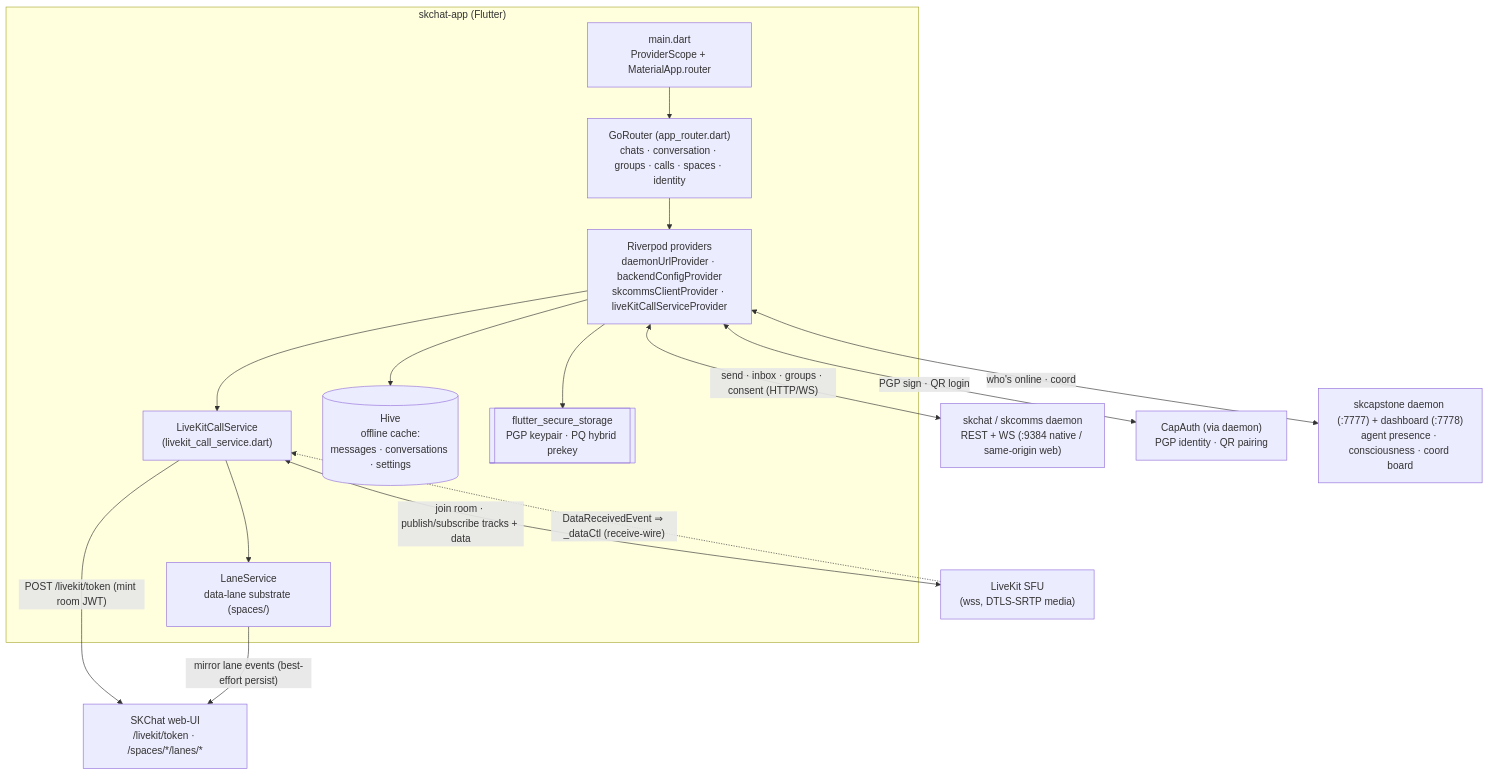
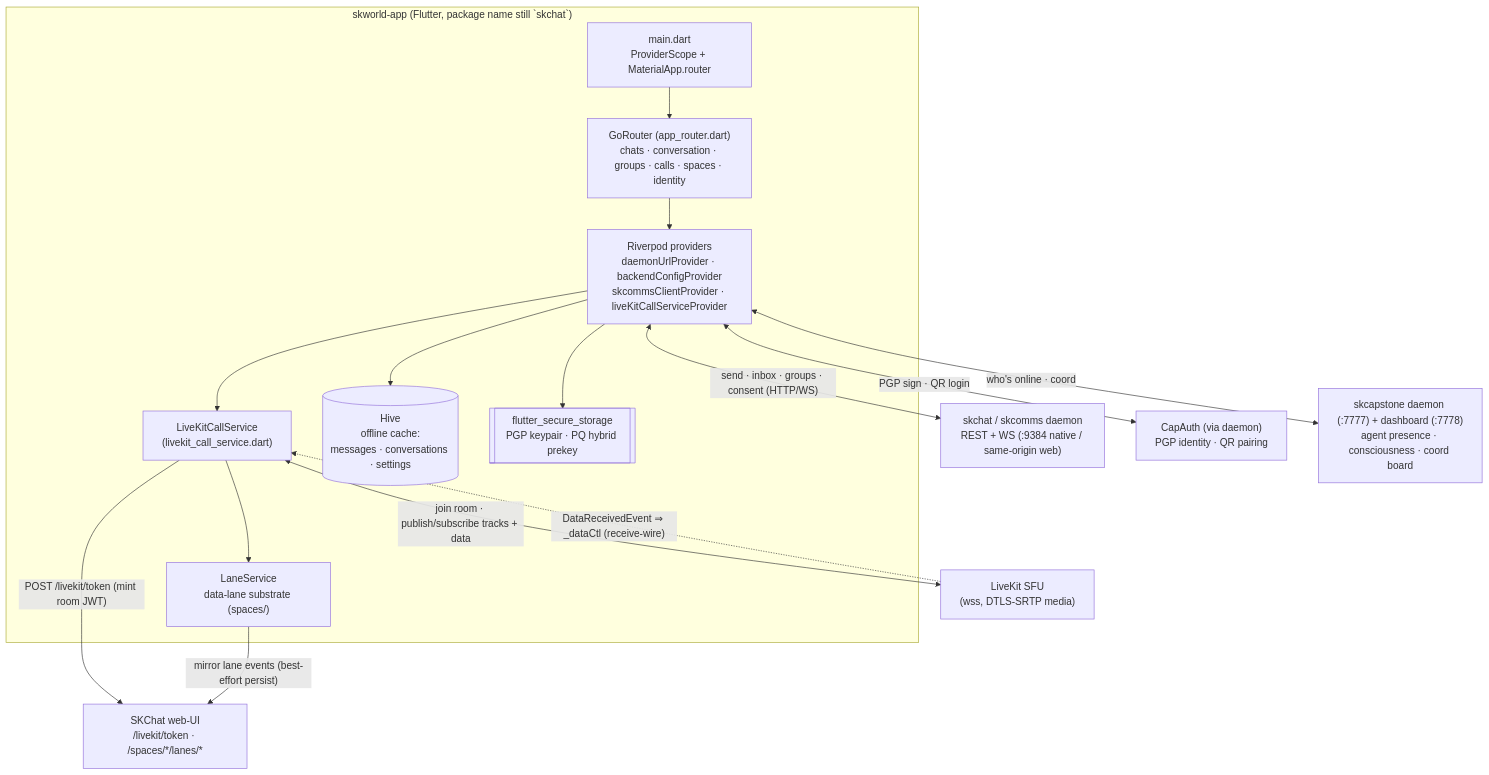
One commit to smilinTux/skchat-app changed the diagram in SOP.md. Above: the diagram before and after it, drawn with Mermaid. The commit also changed other lines of this file and 3 other files, not shown here.

First line of the commit message:
docs(skworld-app): fix stale version + false exposure claims, add evidence block

````diff
--- a/SOP.md
+++ b/SOP.md
@@ -37,31 +61,31 @@
 ```mermaid
 flowchart TD
-    subgraph APP["skchat-app (Flutter)"]
+    subgraph APP["skworld-app (Flutter, package name still `skchat`)"]
       MAIN["main.dart<br/>ProviderScope + MaterialApp.router"]
       ROUTER["GoRouter (app_router.dart)<br/>chats · conversation · groups · calls · spaces · identity"]
       PROV["Riverpod providers<br/>daemonUrlProvider · backendConfigProvider<br/>skcommsClientProvider · liveKitCallServiceProvider"]
       LKS["LiveKitCallService<br/>(livekit_call_service.dart)"]
       LANE["LaneService<br/>data-lane substrate (spaces/)"]
       HIVE[("Hive<br/>offline cache:<br/>messages · conversations · settings")]
       SS[["flutter_secure_storage<br/>PGP keypair · PQ hybrid prekey"]]
       MAIN --> ROUTER --> PROV
       PROV --> LKS
       LKS --> LANE
       PROV --> HIVE
       PROV --> SS
     end
 
     DAEMON["skchat / skcomms daemon<br/>REST + WS (:9384 native / same-origin web)"]
     WEBUI["SKChat web-UI<br/>/livekit/token · /spaces/*/lanes/*"]
     SFU["LiveKit SFU<br/>(wss, DTLS-SRTP media)"]
     CAP["CapAuth (via daemon)<br/>PGP identity · QR pairing"]
     SKCAP["skcapstone daemon (:7777) + dashboard (:7778)<br/>agent presence · consciousness · coord board"]
 
     PROV <-->|"send · inbox · groups · consent (HTTP/WS)"| DAEMON
     PROV <-->|"who's online · coord"| SKCAP
     PROV <-->|"PGP sign · QR login"| CAP
     LKS -->|"POST /livekit/token (mint room JWT)"| WEBUI
     LKS <-->|"join room · publish/subscribe tracks + data"| SFU
     LANE -->|"mirror lane events (best-effort persist)"| WEBUI
     SFU -.->|"DataReceivedEvent ⇒ _dataCtl (receive-wire)"| LKS
 ```
````
